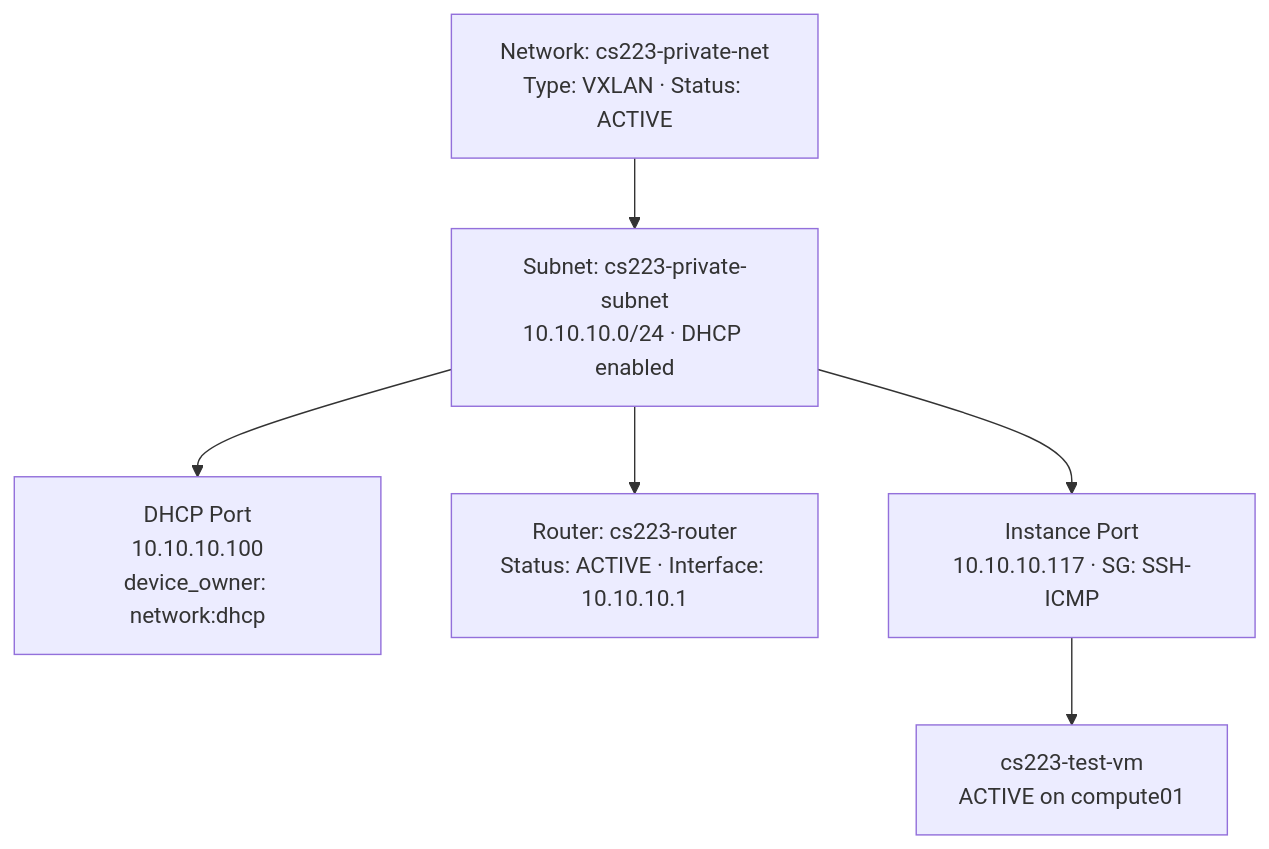
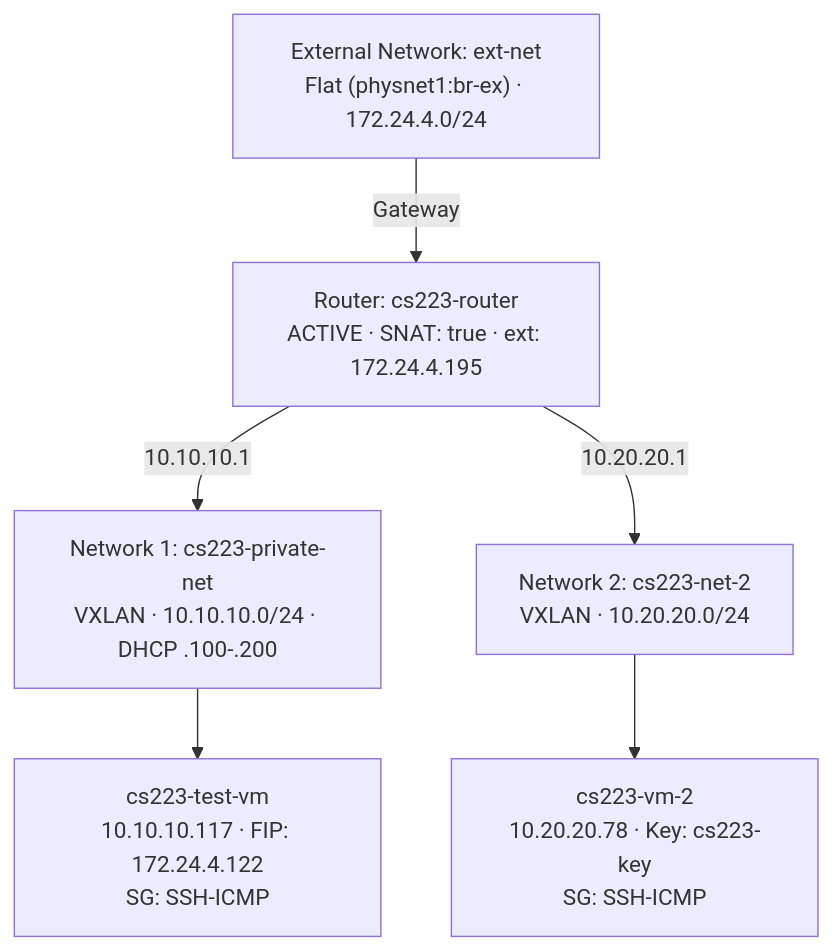
The fourth of 9 diagrams in docs/02-architecture.md (ronnakrit303/CS223-TermProject), drawn with Mermaid before and after one commit. The commit also changed other lines of this file and 13 other files, not shown here.

Commit message:
docs,evidence: add multi-network routing, ext-net NAT, Floating IP & internet egress verification

````diff
--- a/docs/02-architecture.md
+++ b/docs/02-architecture.md
@@ -295,14 +300,13 @@
 ```mermaid
 flowchart TB
-    NW["Network: cs223-private-net<br/>Type: VXLAN · Status: ACTIVE"]
-    SUB["Subnet: cs223-private-subnet<br/>10.10.10.0/24 · DHCP enabled"]
-    DPORT["DHCP Port<br/>10.10.10.100<br/>device_owner: network:dhcp"]
-    RTR["Router: cs223-router<br/>Status: ACTIVE · Interface: 10.10.10.1"]
-    VPORT["Instance Port<br/>10.10.10.117 · SG: SSH-ICMP"]
-    VM["cs223-test-vm<br/>ACTIVE on compute01"]
+    EXT["External Network: ext-net<br/>Flat (physnet1:br-ex) · 172.24.4.0/24"]
+    RTR["Router: cs223-router<br/>ACTIVE · SNAT: true · ext: 172.24.4.195"]
+    NW1["Network 1: cs223-private-net<br/>VXLAN · 10.10.10.0/24 · DHCP .100-.200"]
+    NW2["Network 2: cs223-net-2<br/>VXLAN · 10.20.20.0/24"]
+    VM1["cs223-test-vm<br/>10.10.10.117 · FIP: 172.24.4.122<br/>SG: SSH-ICMP"]
+    VM2["cs223-vm-2<br/>10.20.20.78 · Key: cs223-key<br/>SG: SSH-ICMP"]
 
-    NW --> SUB
-    SUB --> DPORT
-    SUB --> RTR
-    SUB --> VPORT --> VM
+    EXT -->|"Gateway"| RTR
+    RTR -->|"10.10.10.1"| NW1 --> VM1
+    RTR -->|"10.20.20.1"| NW2 --> VM2
 ```
````
